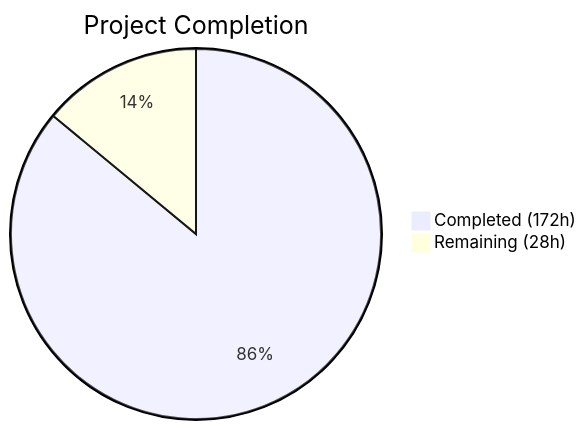
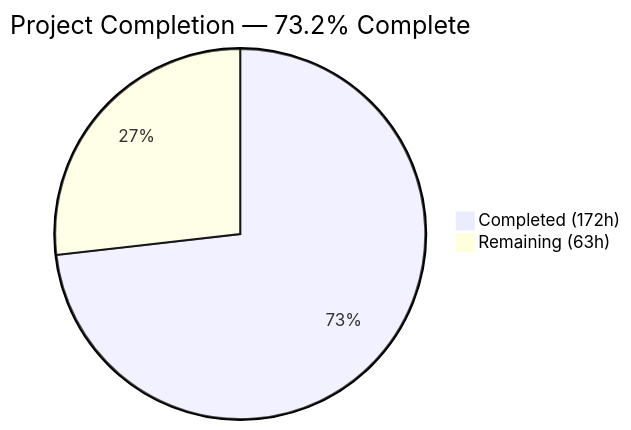
The first of 2 diagrams in blitzy/documentation/Project Guide.md (Blitzy-Sandbox/blitzy-SplendidCRM), drawn with Mermaid before and after one commit. The commit also changed other lines of this file, not shown here.

Commit message:
Adding Blitzy Project Guide: Project Status and Human Tasks Remaining

````diff
--- a/blitzy/documentation/Project Guide.md
+++ b/blitzy/documentation/Project Guide.md
@@ -13,5 +13,5 @@
 ```mermaid
-pie title Project Completion
+pie title Project Completion — 73.2% Complete
     "Completed (172h)" : 172
-    "Remaining (28h)" : 28
+    "Remaining (63h)" : 63
 ```
````
